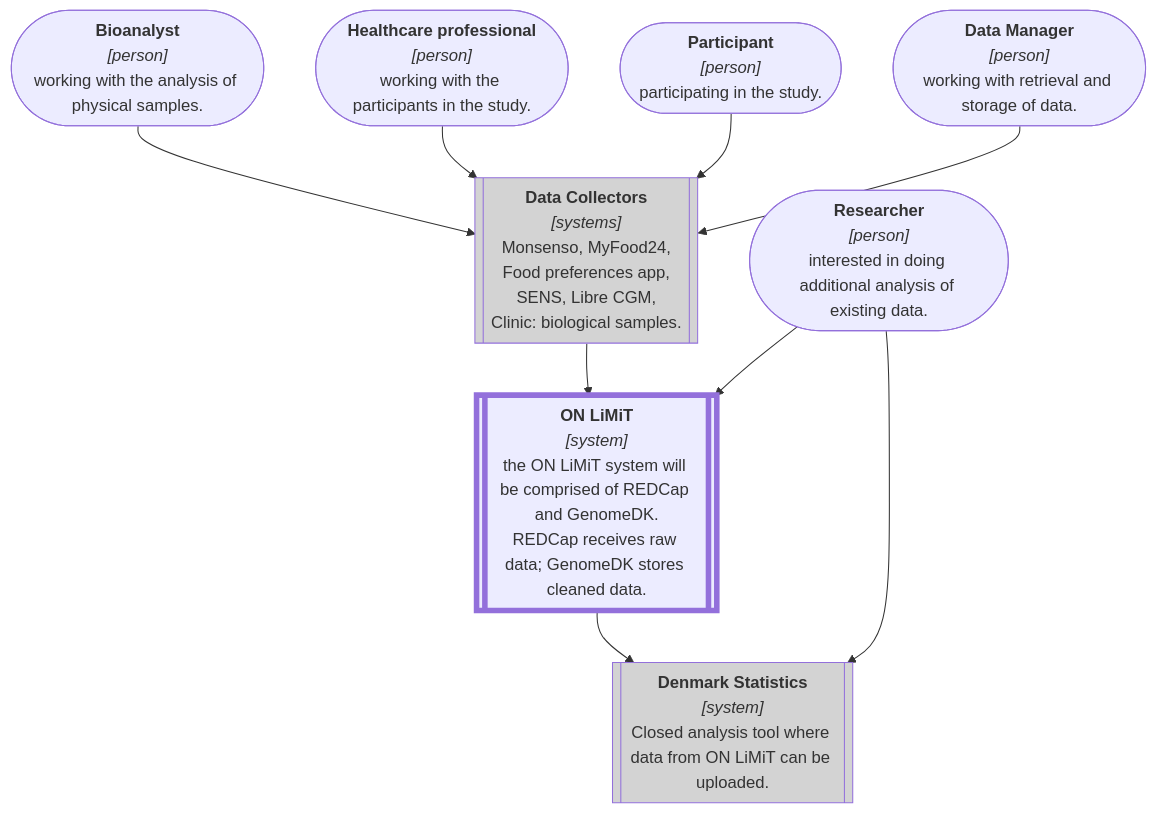
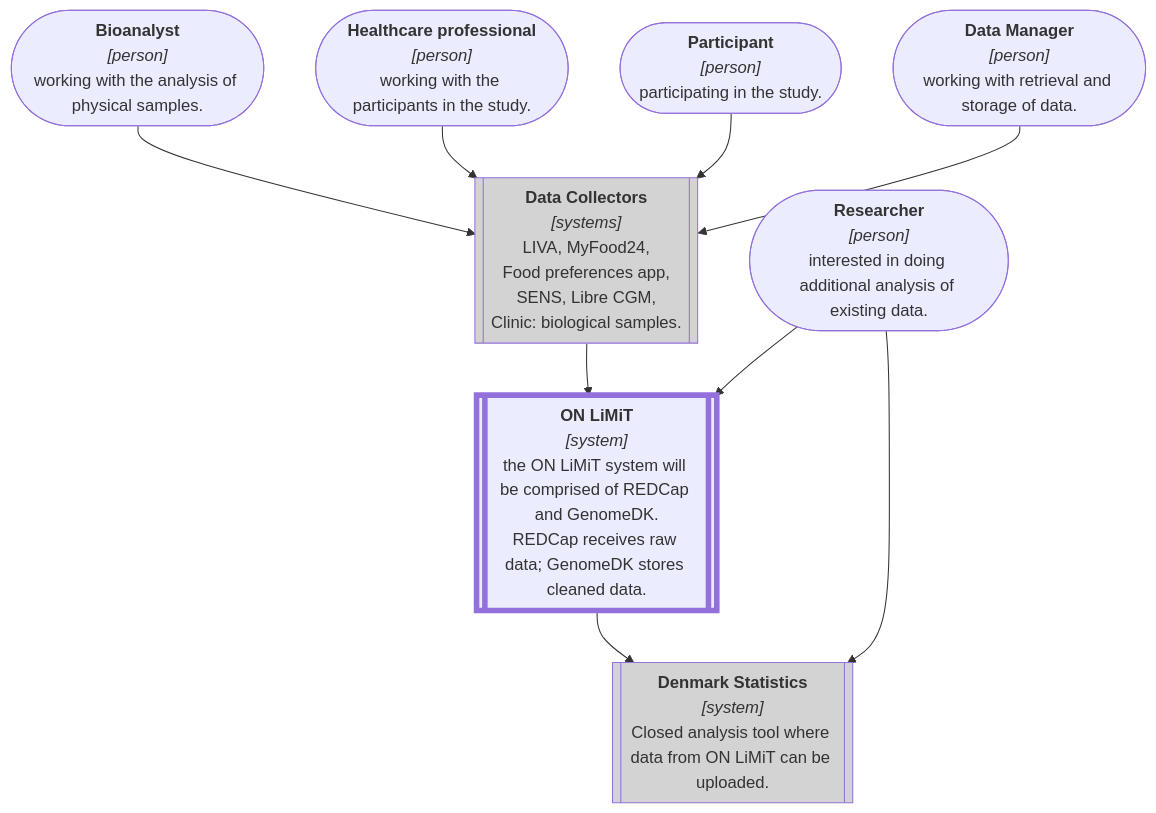
The first of 2 diagrams in sections/sources.qmd (onlimit-study/dmp), drawn with Mermaid before and after one commit. The commit also changed 3 other files, not shown here.

````diff
--- a/sections/sources.qmd
+++ b/sections/sources.qmd
@@ -9,34 +9,34 @@
 ```{mermaid}
 %%| label: fig-c4-context
 %%| fig-cap: >-
 %%|   C4 Context diagram showing a basic overview of ON LiMiT, its anticipated
 %%|   users, and data providers.
 %%| fig-width: 100%
 
 flowchart TD
 
 Bioanalyst(["<b>Bioanalyst</b><br><i>[person]</i><br>working with the analysis of physical samples."])
 Healthprof(["<b>Healthcare professional</b><br><i>[person]</i><br>working with the participants in the study."])
 Participant(["<b>Participant</b><br><i>[person]</i><br>participating in the study."])
 Datamanager(["<b>Data Manager</b><br><i>[person]</i><br>working with retrieval and storage of data."])
 Researcher(["<b>Researcher</b><br><i>[person]</i><br>interested in doing additional analysis of existing data."])
 
 onlimit[["<b>ON LiMiT</b><br><i>[system]</i><br>the ON LiMiT system will be comprised of REDCap and GenomeDK.<br>REDCap receives raw data; GenomeDK stores cleaned data."]]
 DS[["<b>Denmark Statistics</b><br><i>[system]</i><br>Closed analysis tool where data from ON LiMiT can be uploaded."]]
-DP[["<b>Data Collectors</b><br><i>[systems]</i><br>Monsenso, MyFood24,<br>Food preferences app,<br>SENS, Libre CGM,<br>Clinic: biological samples."]]
+DP[["<b>Data Collectors</b><br><i>[systems]</i><br>LIVA, MyFood24,<br>Food preferences app,<br>SENS, Libre CGM,<br>Clinic: biological samples."]]
 
 onlimit:::system
 DP:::external
 DS:::external
 Bioanalyst --> DP
 Healthprof --> DP
 Participant --> DP
 Datamanager --> DP
 DP --> onlimit
 Researcher --> onlimit
 onlimit --> DS
 Researcher --> DS
 
 classDef system stroke-width:4pt
 classDef external fill:lightgrey
 ```
````
